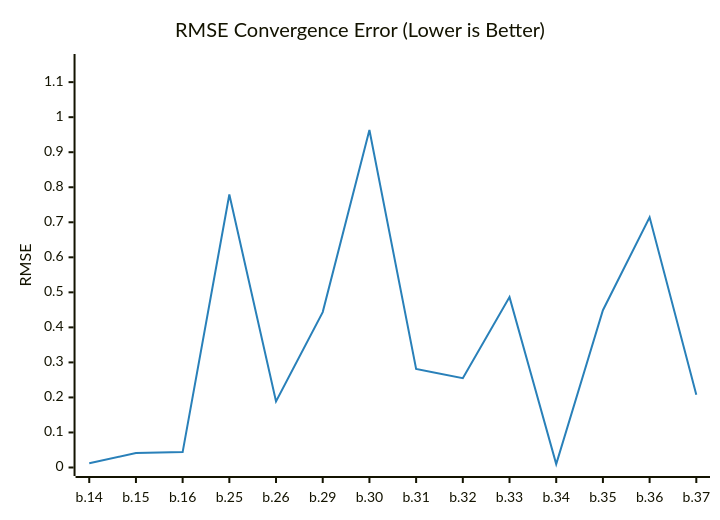
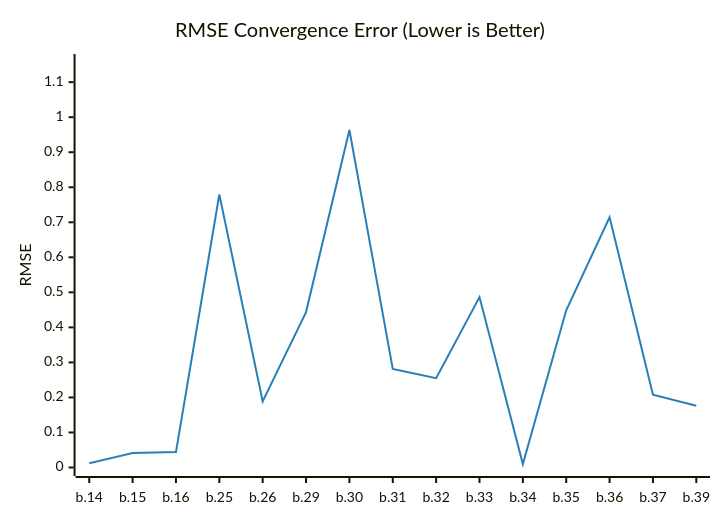
The diagram in README.md (timo-eberl/tracy), drawn with Mermaid before and after one commit. The commit also changed other lines of this file and 5 other files, not shown here.

````diff
--- a/README.md
+++ b/README.md
@@ -13,14 +13,14 @@
 ```mermaid
 ---
 config:
     theme: base
     themeVariables:
         xyChart:
             plotColorPalette: "#2980b9"
 ---
 xychart-beta
     title "RMSE Convergence Error (Lower is Better)"
-    x-axis ["b.14", "b.15", "b.16", "b.25", "b.26", "b.29", "b.30", "b.31", "b.32", "b.33", "b.34", "b.35", "b.36", "b.37"]
+    x-axis ["b.14", "b.15", "b.16", "b.25", "b.26", "b.29", "b.30", "b.31", "b.32", "b.33", "b.34", "b.35", "b.36", "b.37", "b.39"]
     y-axis "RMSE" 0 --> 1.1561
-    line [0.012064, 0.041607, 0.043946, 0.7793, 0.1888, 0.4436, 0.9634, 0.2812, 0.2549, 0.4864, 0.0098, 0.4489, 0.7142, 0.2079]
+    line [0.012064, 0.041607, 0.043946, 0.7793, 0.1888, 0.4436, 0.9634, 0.2812, 0.2549, 0.4864, 0.0098, 0.4489, 0.7142, 0.2079, 0.1763]
 ```
````
